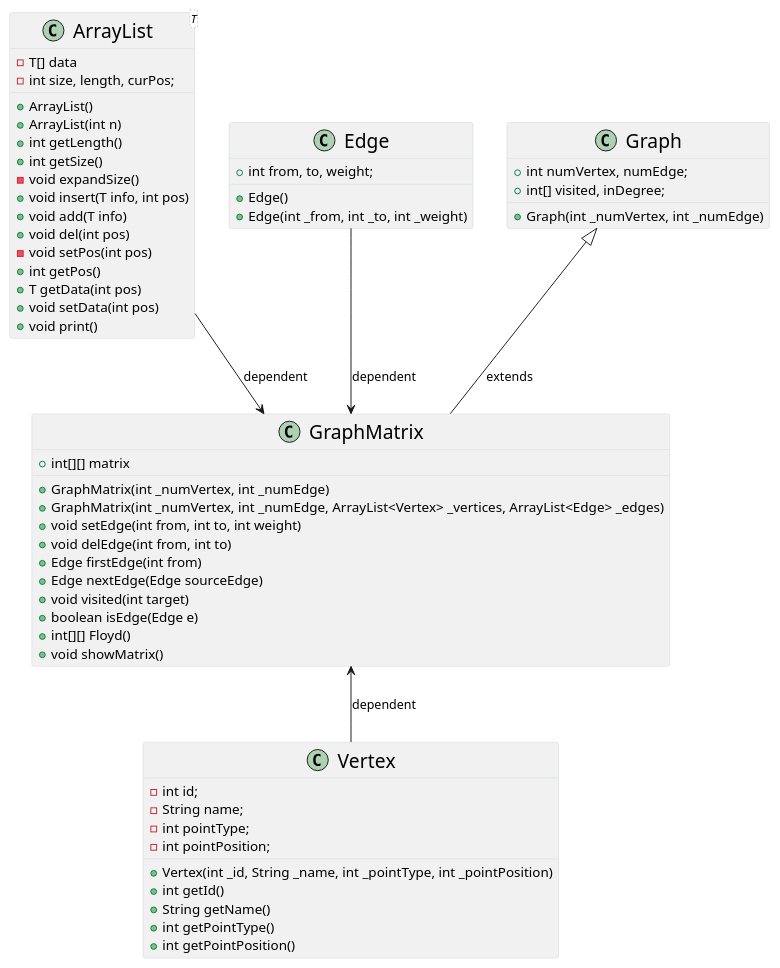
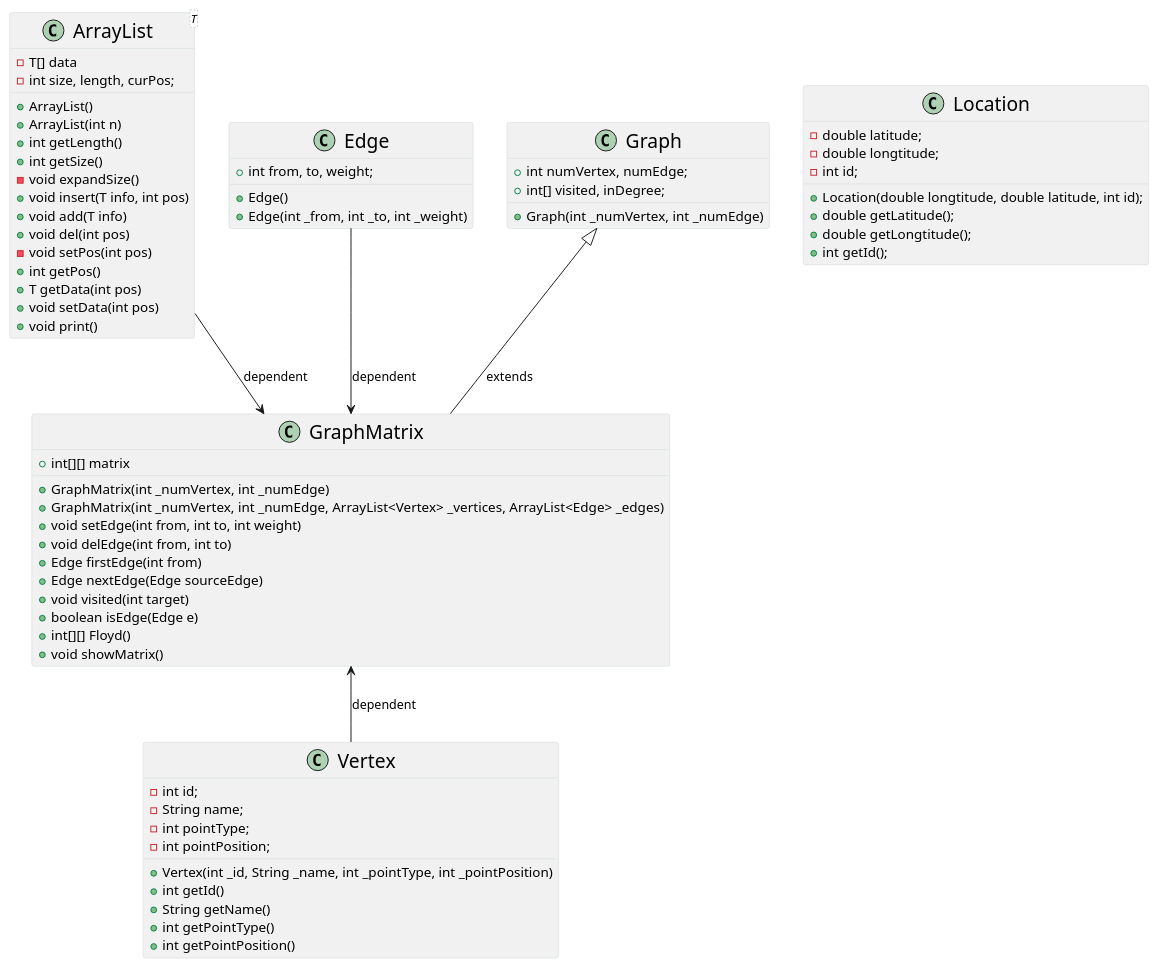
The diagram in BJUT-Tour-Guide/src/main/java/cn/liboyan/bjutTourGuide/ds/DataStructure.puml (lbytony/BJUT-Tour-Guide), drawn with PlantUML before and after one commit. The commit also changed 39 other files, not shown here.

```diff
--- a/BJUT-Tour-Guide/src/main/java/cn/liboyan/bjutTourGuide/ds/DataStructure.puml
+++ b/BJUT-Tour-Guide/src/main/java/cn/liboyan/bjutTourGuide/ds/DataStructure.puml
@@ -1,70 +1,80 @@
 @startuml
 skinparam BackGroundColor #FFFFFF
 
 skinparam class {
     BorderColor #cbd5d6
     FontSize 20
 }
 
 class Vertex {
     - int id;
     - String name;
     - int pointType;
     - int pointPosition;
     + Vertex(int _id, String _name, int _pointType, int _pointPosition)
     + int getId()
     + String getName()
     + int getPointType()
     + int getPointPosition()
 }
 
 class Edge {
     + int from, to, weight;
     + Edge()
     + Edge(int _from, int _to, int _weight)
 }
 
 class ArrayList<T> {
     - T[] data
     - int size, length, curPos;
     + ArrayList()
     + ArrayList(int n)
     + int getLength()
     + int getSize()
     - void expandSize()
     + void insert(T info, int pos)
     + void add(T info)
     + void del(int pos)
     - void setPos(int pos)
     + int getPos()
     + T getData(int pos)
     + void setData(int pos)
     + void print()
 }
 
 class Graph {
     + int numVertex, numEdge;
     + int[] visited, inDegree;
     + Graph(int _numVertex, int _numEdge)
 }
 
 Graph <|-- GraphMatrix : extends
 GraphMatrix <-down- Vertex : dependent
 GraphMatrix <-up- Edge : dependent
 GraphMatrix <-up- ArrayList : dependent
 
 class GraphMatrix {
     + int[][] matrix
     + GraphMatrix(int _numVertex, int _numEdge)
     + GraphMatrix(int _numVertex, int _numEdge, ArrayList<Vertex> _vertices, ArrayList<Edge> _edges)
     + void setEdge(int from, int to, int weight)
     + void delEdge(int from, int to)
     + Edge firstEdge(int from)
     + Edge nextEdge(Edge sourceEdge)
     + void visited(int target)
     + boolean isEdge(Edge e)
     + int[][] Floyd()
     + void showMatrix()
 }
 
+class Location{
+    - double latitude;
+    - double longtitude;
+    - int id;
+    + Location(double longtitude, double latitude, int id);
+    + double getLatitude();
+    + double getLongtitude();
+    + int getId();
+}
+
 @enduml
```
